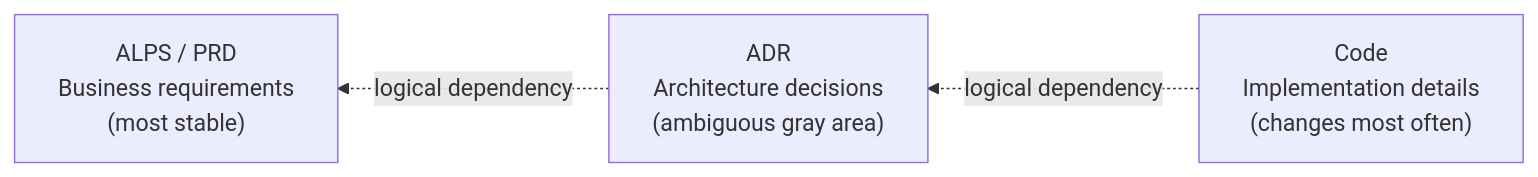
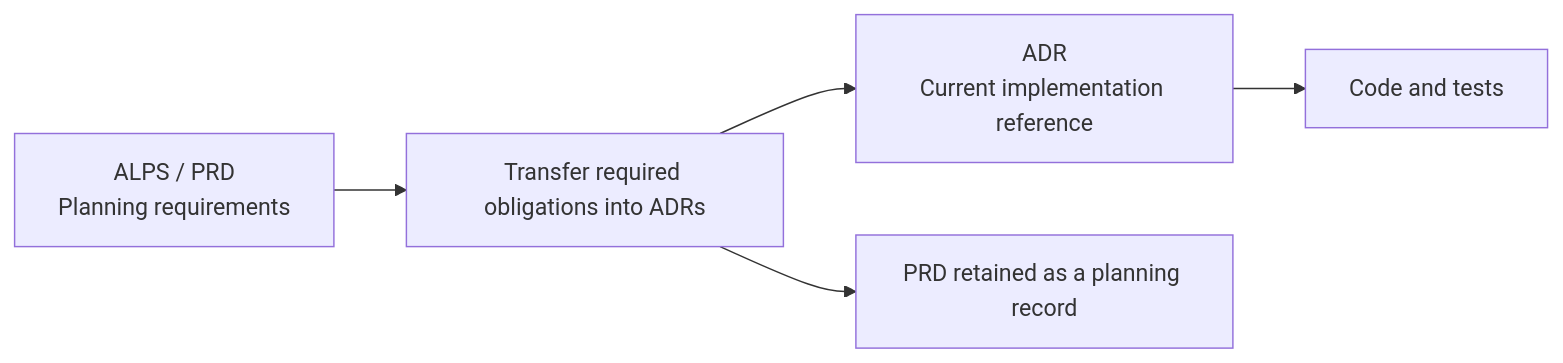
One commit to haandol/haandol.github.com changed the third of 9 diagrams in _en/2026-06-16-harness-engineering-in-practice.md. Above: the diagram before and after it, drawn with Mermaid. The commit also changed other lines of this file and 36 other files, not shown here.

````diff
--- a/_en/2026-06-16-harness-engineering-in-practice.md
+++ b/_en/2026-06-16-harness-engineering-in-practice.md
@@ -129,8 +129,7 @@
 ```mermaid
-flowchart RL
-    PRD["ALPS / PRD<br/>Business requirements<br/>(most stable)"]
-    ADR["ADR<br/>Architecture decisions<br/>(ambiguous gray area)"]
-    CODE["Code<br/>Implementation details<br/>(changes most often)"]
-    CODE -. logical dependency .-> ADR
-    ADR -. logical dependency .-> PRD
+flowchart LR
+    PRD["ALPS / PRD<br/>Planning requirements"] --> H["Transfer required obligations into ADRs"]
+    H --> ADR["ADR<br/>Current implementation reference"]
+    ADR --> CODE["Code and tests"]
+    H --> OLD["PRD retained as a planning record"]
 ```
````
